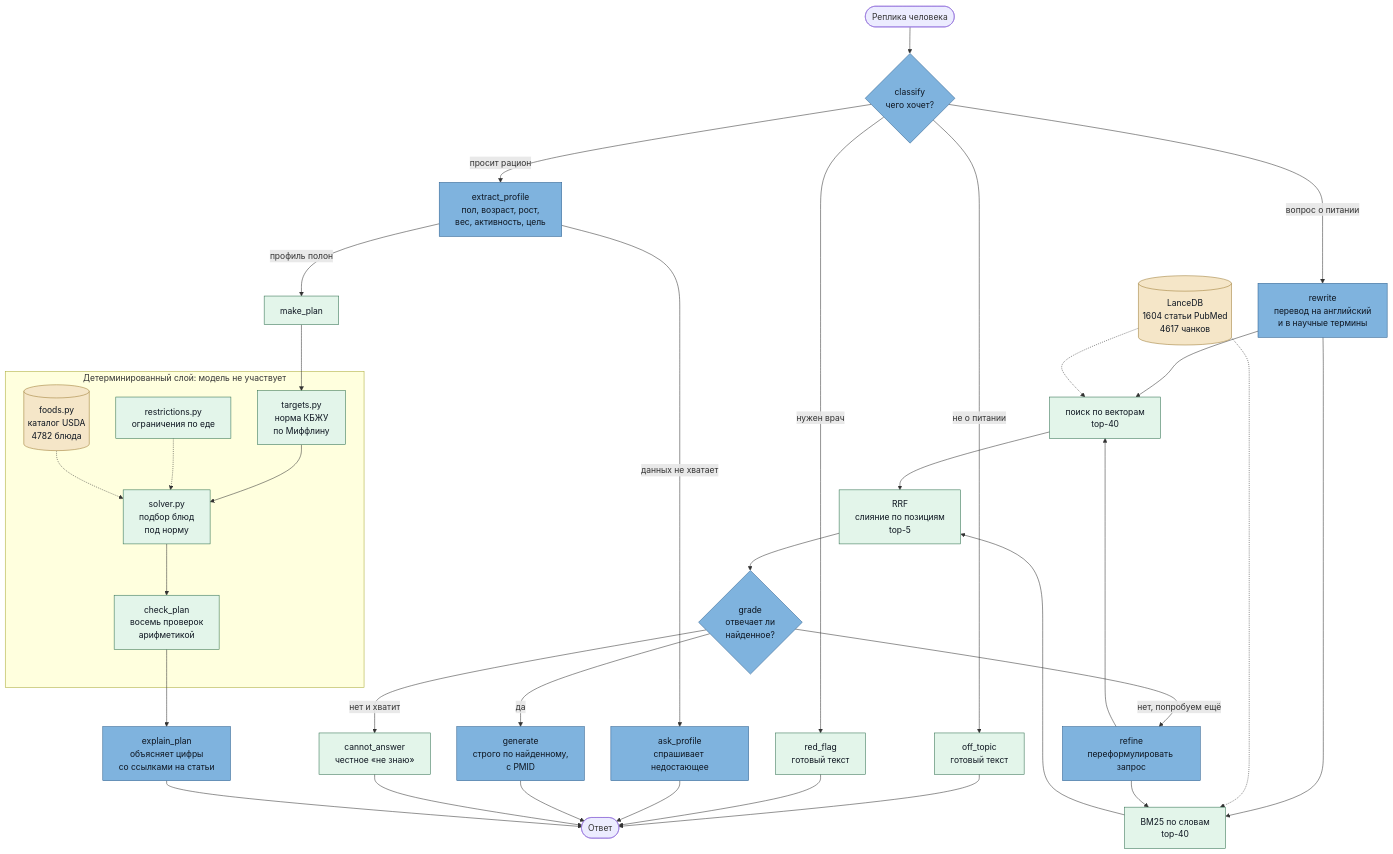
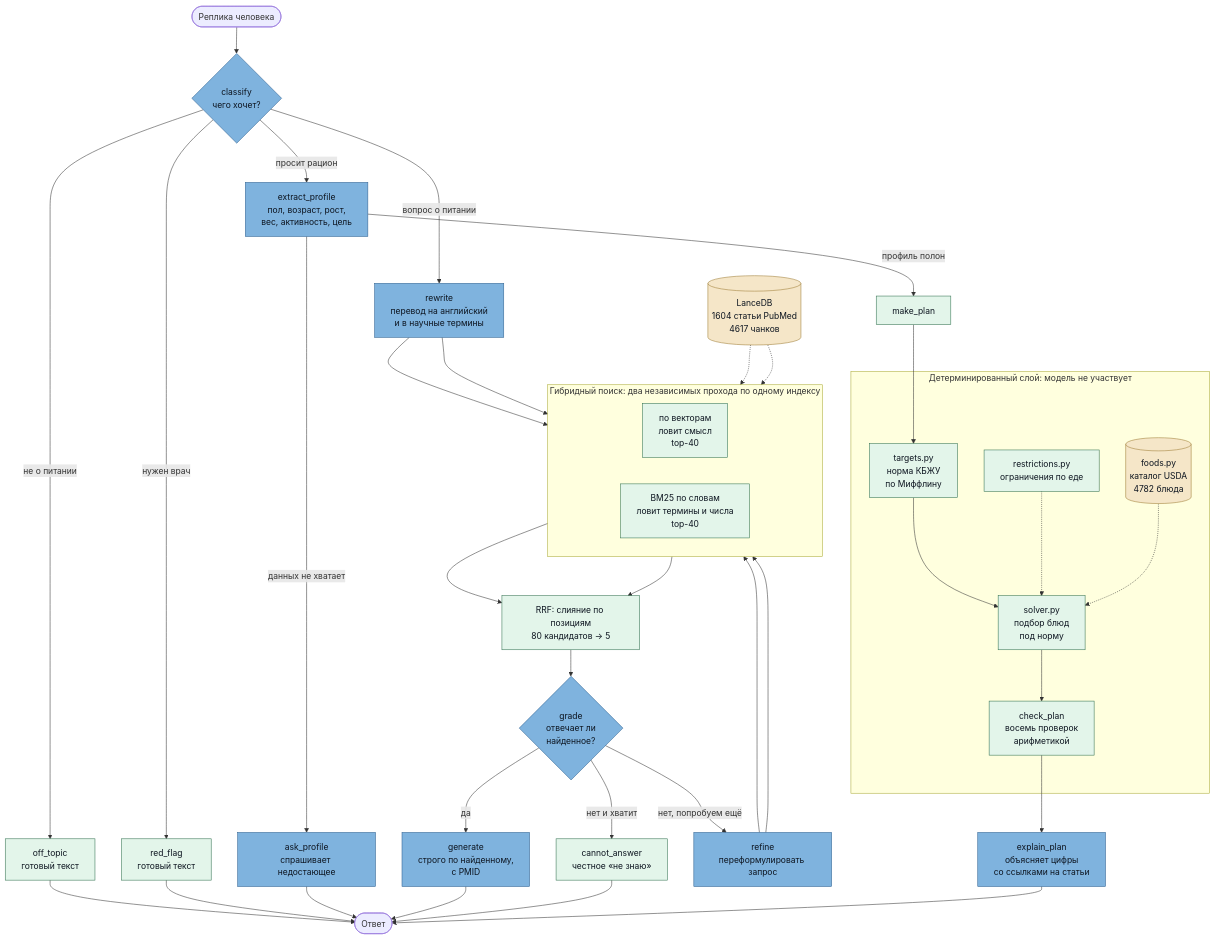
The diagram in README.md (Lutichek/Nutrition-agent), drawn with Mermaid before and after one commit. The commit also changed other lines of this file, not shown here.

Commit message:
Диаграмма: показать, что два поиска идут параллельно
Между "поиск по векторам" и "BM25" нет ребра — и это правильно: они
ничем не обмениваются, ни один не читает выход другого. Но выглядели
они не как параллельные ветви, а как случайно разбросанные узлы,
потому что посреди цепочки был объявлен узел индекса и растаскивал их.

Оба поиска убраны в подграф с direction LR: теперь видно, что это две
половины одного шага, а не два разных шага. Объявление индекса вынесено
из середины потока.

Структурная симметрия проверена обходом: у DS и BM одни и те же
предшественники (индекс, refine, rewrite), один и тот же преемник (RRF),
ребра между собой нет. Параллельность стала свойством графа, а не
вопросом вёрстки.

В подписи объяснено, почему стрелки между ними быть не должно: RRF
складывает два ранжирования как независимые свидетельства, и выводись
одно из другого — сливать было бы нечего.

````diff
--- a/README.md
+++ b/README.md
@@ -42,41 +42,48 @@
 ```mermaid
 flowchart TD
     Q([Реплика человека]) --> C{classify<br/>чего хочет?}:::llm
 
     C -->|не о питании| OT[off_topic<br/>готовый текст]:::code --> E([Ответ])
     C -->|нужен врач| RF[red_flag<br/>готовый текст]:::code --> E
 
     C -->|просит рацион| EP[extract_profile<br/>пол, возраст, рост,<br/>вес, активность, цель]:::llm
     EP -->|данных не хватает| AP[ask_profile<br/>спрашивает недостающее]:::llm --> E
     EP -->|профиль полон| MP[make_plan]:::code
 
     C -->|вопрос о питании| RW[rewrite<br/>перевод на английский<br/>и в научные термины]:::llm
-    RW --> DS[поиск по векторам<br/>top-40]:::code
-    RW --> BM[BM25 по словам<br/>top-40]:::code
-    DS --> RRF[RRF<br/>слияние по позициям<br/>top-5]:::code
+
+    subgraph HYB [Гибридный поиск: два независимых прохода по одному индексу]
+        direction LR
+        DS[по векторам<br/>ловит смысл<br/>top-40]:::code
+        BM[BM25 по словам<br/>ловит термины и числа<br/>top-40]:::code
+    end
+
+    RW --> DS
+    RW --> BM
+    KB[(LanceDB<br/>1604 статьи PubMed<br/>4617 чанков)]:::store -.-> DS
+    KB -.-> BM
+
+    DS --> RRF[RRF: слияние по позициям<br/>80 кандидатов → 5]:::code
     BM --> RRF
-
-    KB[(LanceDB<br/>1604 статьи PubMed<br/>4617 чанков)]:::store
-    KB -.-> DS
-    KB -.-> BM
 
     RRF --> G{grade<br/>отвечает ли<br/>найденное?}:::llm
     G -->|да| GEN[generate<br/>строго по найденному,<br/>с PMID]:::llm --> E
-    G -->|нет, попробуем ещё| RFN[refine<br/>переформулировать запрос]:::llm --> DS
+    G -->|нет и хватит| CA[cannot_answer<br/>честное «не знаю»]:::code --> E
+    G -->|нет, попробуем ещё| RFN[refine<br/>переформулировать запрос]:::llm
+    RFN --> DS
     RFN --> BM
-    G -->|нет и хватит| CA[cannot_answer<br/>честное «не знаю»]:::code --> E
 
     subgraph DET [Детерминированный слой: модель не участвует]
         T[targets.py<br/>норма КБЖУ<br/>по Миффлину]:::code --> S[solver.py<br/>подбор блюд<br/>под норму]:::code
         R[restrictions.py<br/>ограничения по еде]:::code -.-> S
         F[(foods.py<br/>каталог USDA<br/>4782 блюда)]:::store -.-> S
         S --> CH[check_plan<br/>восемь проверок<br/>арифметикой]:::code
     end
 
     MP --> T
     CH --> XP[explain_plan<br/>объясняет цифры<br/>со ссылками на статьи]:::llm --> E
 
     classDef llm fill:#7fb3de,stroke:#2c5f8f,color:#0d1520
     classDef code fill:#e3f5ea,stroke:#2f6f4e,color:#0d1520
     classDef store fill:#f5e6c8,stroke:#9c7a33,color:#0d1520
 ```
````
